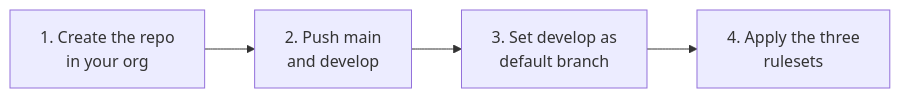
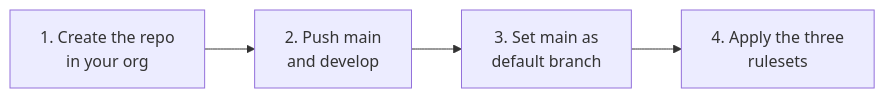
The diagram in docs/usage.md (soupler-oss/repo-governance), drawn with Mermaid before and after one commit. The commit also changed other lines of this file and 20 other files, not shown here.

First line of the commit message:
feat: intellisense integration, layer-based starter docs and main as GitHub's default branch (1.3.0)

````diff
--- a/docs/usage.md
+++ b/docs/usage.md
@@ -28,4 +28,4 @@
 ```mermaid
 flowchart LR
-    A["1. Create the repo<br/>in your org"] --> B["2. Push main<br/>and develop"] --> C["3. Set develop as<br/>default branch"] --> D["4. Apply the three<br/>rulesets"]
+    A["1. Create the repo<br/>in your org"] --> B["2. Push main<br/>and develop"] --> C["3. Set main as<br/>default branch"] --> D["4. Apply the three<br/>rulesets"]
 ```
````
